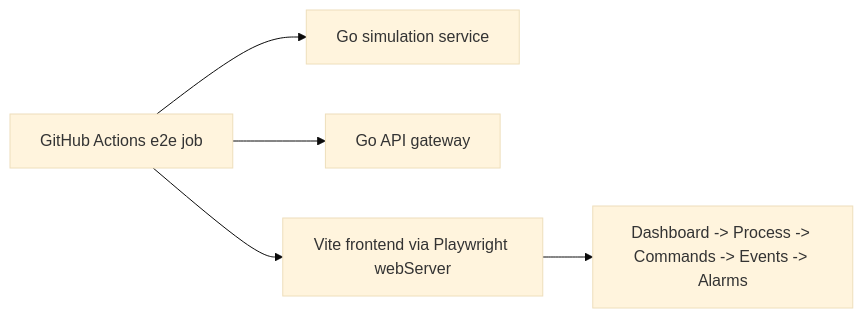
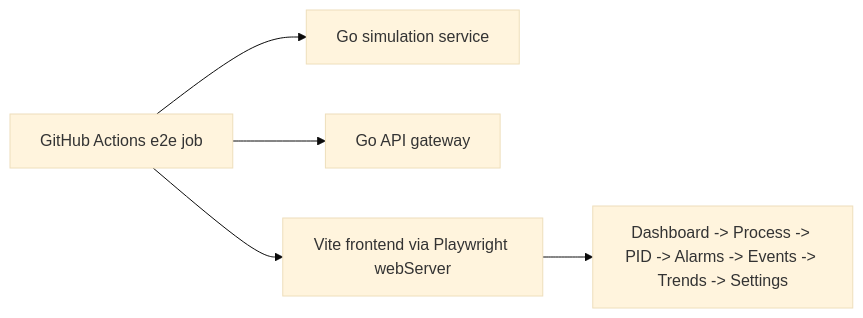
The fourth of 9 diagrams in docs/architecture.md (dimbo1324/smr-digital-twin-platform-r), drawn with Mermaid (base theme) before and after one commit. The commit also changed other lines of this file and 24 other files, not shown here.

````diff
--- a/docs/architecture.md
+++ b/docs/architecture.md
@@ -58,7 +58,7 @@
 ```mermaid
 flowchart LR
     CI["GitHub Actions e2e job"] --> SIM["Go simulation service"]
     CI --> API["Go API gateway"]
     CI --> WEB["Vite frontend via Playwright webServer"]
-    WEB --> FLOW["Dashboard -> Process -> Commands -> Events -> Alarms"]
+    WEB --> FLOW["Dashboard -> Process -> PID -> Alarms -> Events -> Trends -> Settings"]
 ```
````
